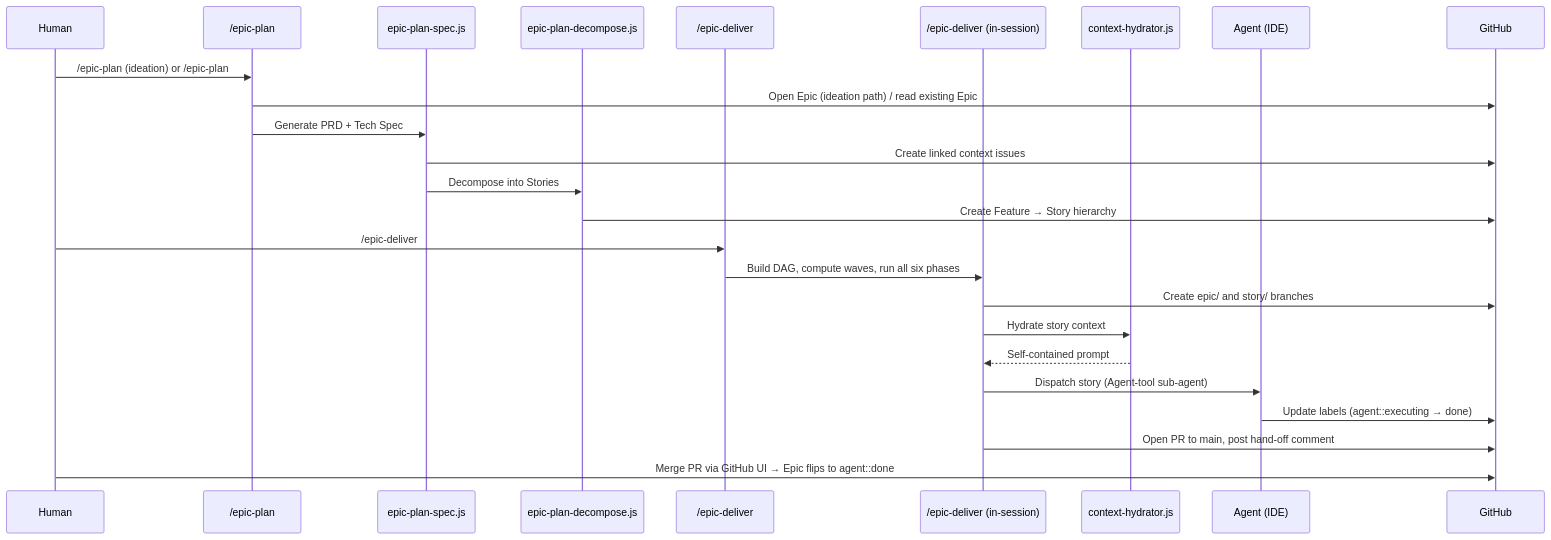
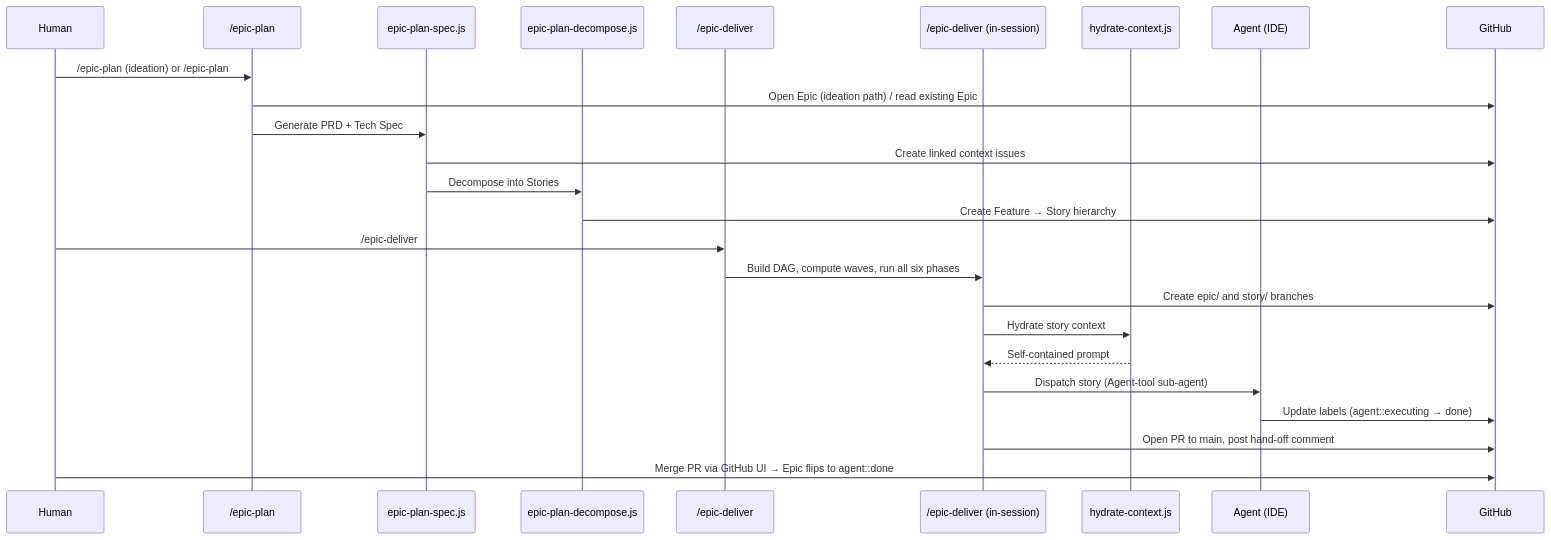
The sixth of 7 diagrams in docs/architecture.md (dsj1984/mandrel), drawn with Mermaid before and after one commit. The commit also changed other lines of this file and 122 other files, not shown here.

````diff
--- a/docs/architecture.md
+++ b/docs/architecture.md
@@ -580,29 +580,29 @@
 ```mermaid
 sequenceDiagram
     participant H as Human
     participant P as /epic-plan
     participant EP as epic-plan-spec.js
     participant TD as epic-plan-decompose.js
     participant D as /epic-deliver
     participant EDR as /epic-deliver (in-session)
-    participant CH as context-hydrator.js
+    participant CH as hydrate-context.js
     participant A as Agent (IDE)
     participant GH as GitHub
 
     H->>P: /epic-plan (ideation) or /epic-plan #EPIC
     P->>GH: Open Epic (ideation path) / read existing Epic
     P->>EP: Generate PRD + Tech Spec
     EP->>GH: Create linked context issues
     EP->>TD: Decompose into Stories
     TD->>GH: Create Feature → Story hierarchy
 
     H->>D: /epic-deliver #EPIC
     D->>EDR: Build DAG, compute waves, run all six phases
     EDR->>GH: Create epic/ and story/ branches
     EDR->>CH: Hydrate story context
     CH-->>EDR: Self-contained prompt
     EDR->>A: Dispatch story (Agent-tool sub-agent)
     A->>GH: Update labels (agent::executing → done)
     EDR->>GH: Open PR to main, post hand-off comment
     H->>GH: Merge PR via GitHub UI → Epic flips to agent::done
 ```
````
